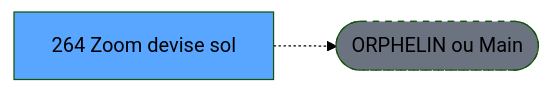
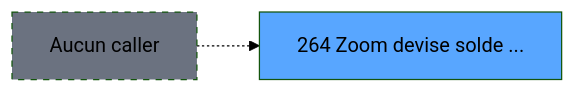
The second of 3 diagrams in .openspec/specs/ADH-IDE-264.md (thonyAGP/magic-migration), drawn with Mermaid (forest theme) before and after one commit. The commit also changed other lines of this file and 493 other files, not shown here.

````diff
--- a/.openspec/specs/ADH-IDE-264.md
+++ b/.openspec/specs/ADH-IDE-264.md
@@ -121,8 +172,8 @@
 ```mermaid
 graph LR
-    T[264 Zoom devise sol]
-    ORPHAN([ORPHELIN ou Main])
-    T -.-> ORPHAN
-    style T fill:#58a6ff,color:#000
-    style ORPHAN fill:#6b7280,stroke-dasharray: 5 5
+    T264[264 Zoom devise solde ...]
+    style T264 fill:#58a6ff
+    NONE[Aucun caller]
+    NONE -.-> T264
+    style NONE fill:#6b7280,stroke-dasharray: 5 5
 ```
````
